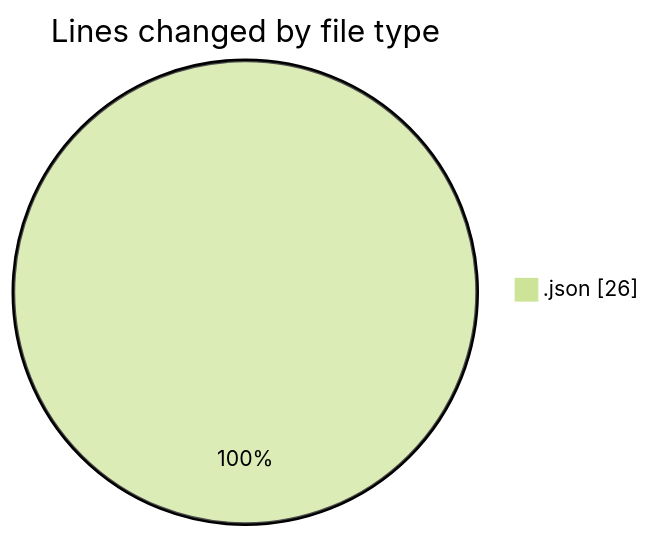
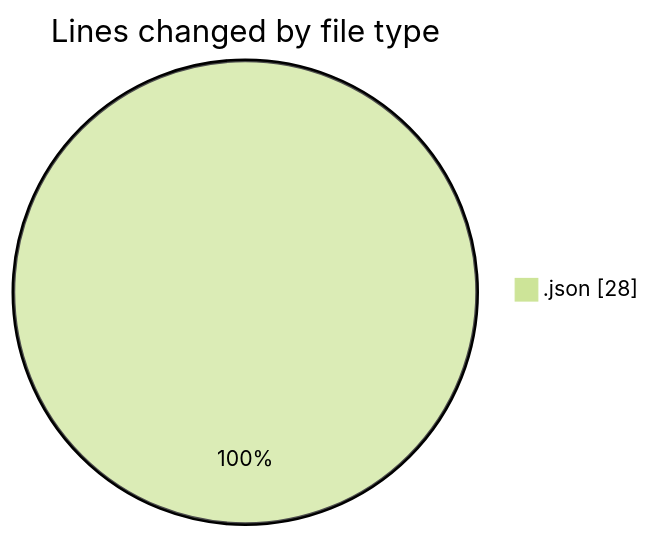
One commit to robertbonfada/code-tracking changed the first of 2 diagrams in 2025-03-03/test-digital-placa/README.md. Above: the diagram before and after it, drawn with Mermaid (forest theme). The commit also changed other lines of this file and 1 other file, not shown here.

````diff
--- a/2025-03-03/test-digital-placa/README.md
+++ b/2025-03-03/test-digital-placa/README.md
@@ -20,5 +20,5 @@
 ```mermaid
 pie showData
 title Lines changed by file type
-".json" : 26
+".json" : 28
 ```
````
